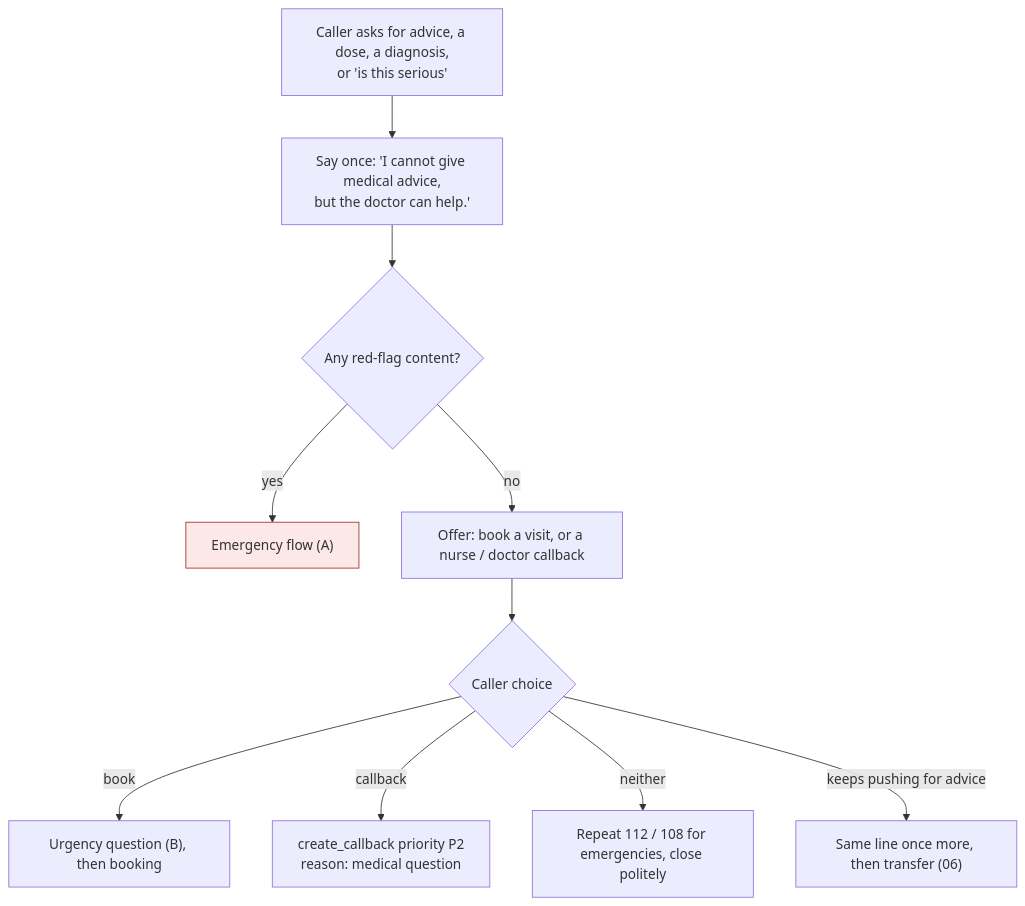
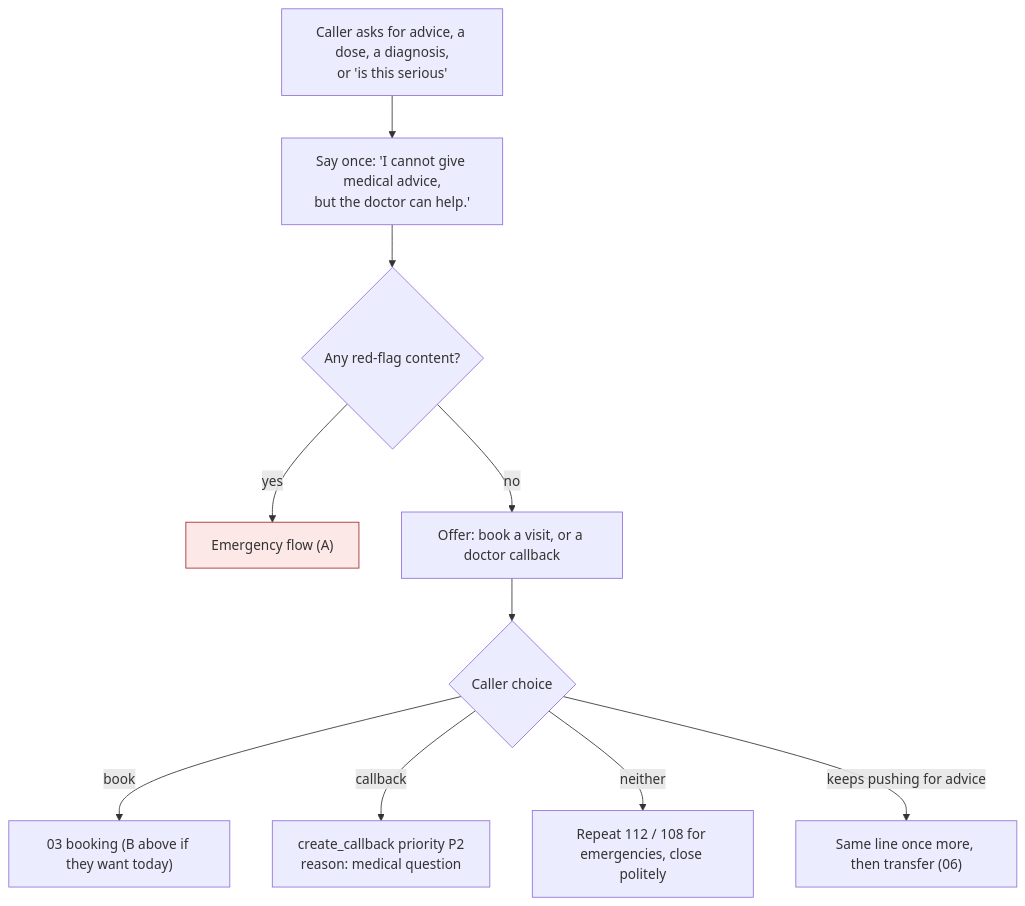
The third of 3 diagrams in docs/flows/01-safety-and-urgency.md (Anupamgt/tts-agent-1), drawn with Mermaid before and after one commit. The commit also changed other lines of this file and 15 other files, not shown here.

First line of the commit message:
Apply decisions 1, 3, 6, 7, 12, 13 to flows, schema and alignment

````diff
--- a/docs/flows/01-safety-and-urgency.md
+++ b/docs/flows/01-safety-and-urgency.md
@@ -91,15 +90,15 @@
 ```mermaid
 flowchart TD
     M0["Caller asks for advice, a dose, a diagnosis,<br/>or 'is this serious'"] --> M1["Say once: 'I cannot give medical advice,<br/>but the doctor can help.'"]
     M1 --> M2{"Any red-flag content?"}
     M2 -->|"yes"| EM["Emergency flow (A)"]
-    M2 -->|"no"| M3["Offer: book a visit, or a nurse / doctor callback"]
+    M2 -->|"no"| M3["Offer: book a visit, or a doctor callback"]
     M3 --> M4{"Caller choice"}
-    M4 -->|"book"| U0["Urgency question (B), then booking"]
+    M4 -->|"book"| BK["03 booking (B above if they want today)"]
     M4 -->|"callback"| M5["create_callback priority P2<br/>reason: medical question"]
     M4 -->|"neither"| M6["Repeat 112 / 108 for emergencies, close politely"]
     M4 -->|"keeps pushing for advice"| M7["Same line once more, then transfer (06)"]
 
     classDef safety fill:#fde8e8,stroke:#a32d2d;
     class EM safety;
 ```
````
